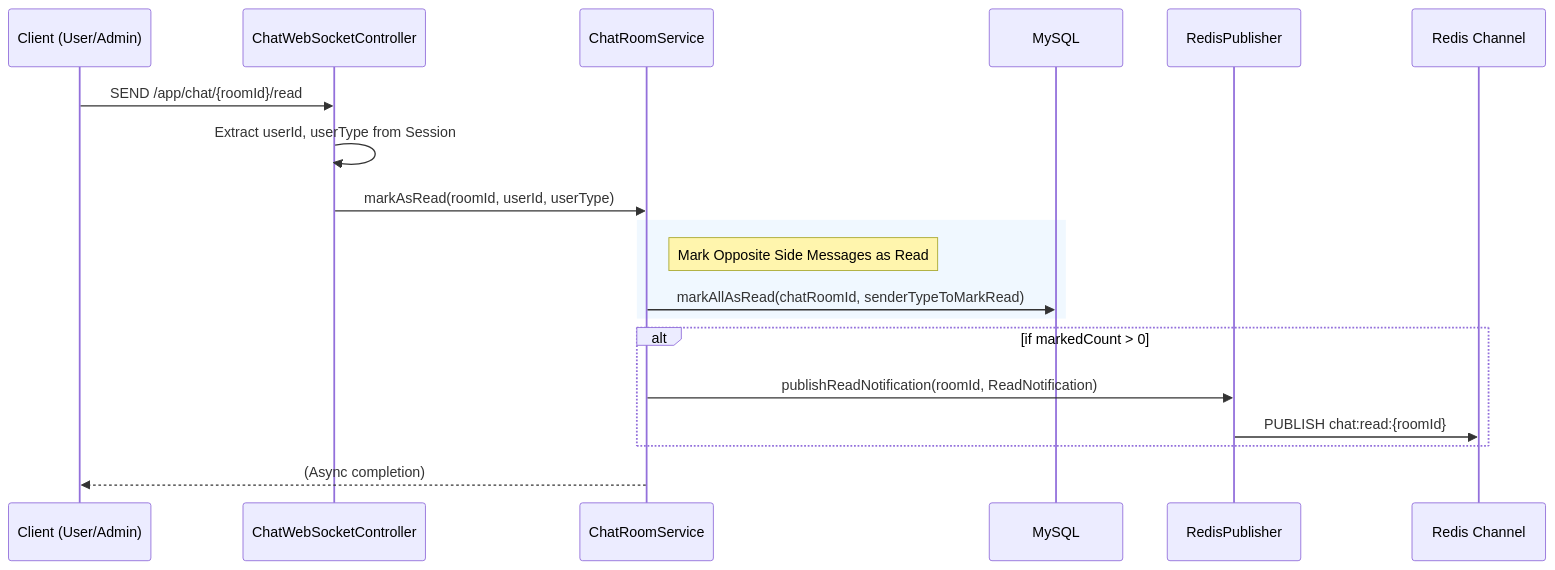
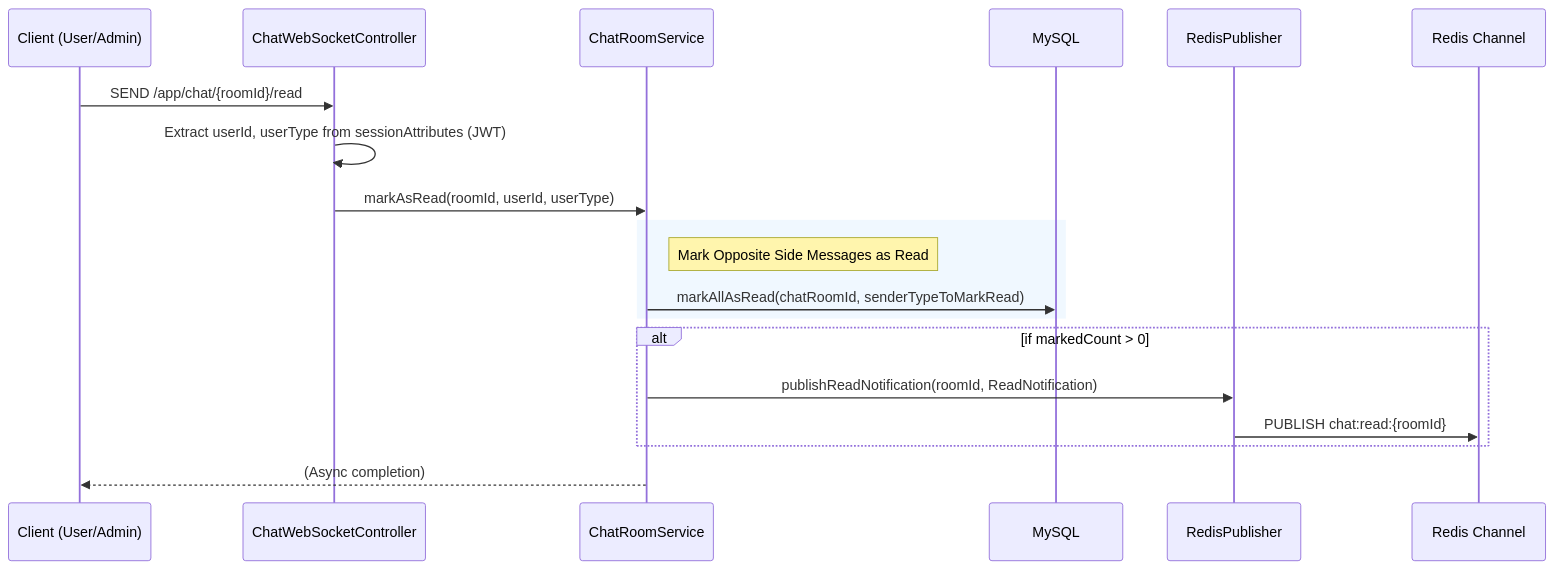
One commit to zooozoo/chat_poc changed the eighth of 18 diagrams in WORKFLOW_GUIDE.md. Above: the diagram before and after it, drawn with Mermaid. The commit also changed other lines of this file and 24 other files, not shown here.

First line of the commit message:
Change authentication method from session to jwt

````diff
--- a/WORKFLOW_GUIDE.md
+++ b/WORKFLOW_GUIDE.md
@@ -292,25 +762,25 @@
 ```mermaid
 sequenceDiagram
     participant Client as Client (User/Admin)
     participant WS as ChatWebSocketController
     participant S as ChatRoomService
     participant DB as MySQL
     participant Pub as RedisPublisher
     participant Redis as Redis Channel
 
     Client->>WS: SEND /app/chat/{roomId}/read
-    WS->>WS: Extract userId, userType from Session
+    WS->>WS: Extract userId, userType from sessionAttributes (JWT)
     WS->>S: markAsRead(roomId, userId, userType)
 
     rect rgb(240, 248, 255)
         Note right of S: Mark Opposite Side Messages as Read
         S->>DB: markAllAsRead(chatRoomId, senderTypeToMarkRead)
     end
 
     alt if markedCount > 0
         S->>Pub: publishReadNotification(roomId, ReadNotification)
         Pub->>Redis: PUBLISH chat:read:{roomId}
     end
 
     S-->>Client: (Async completion)
 ```
````
